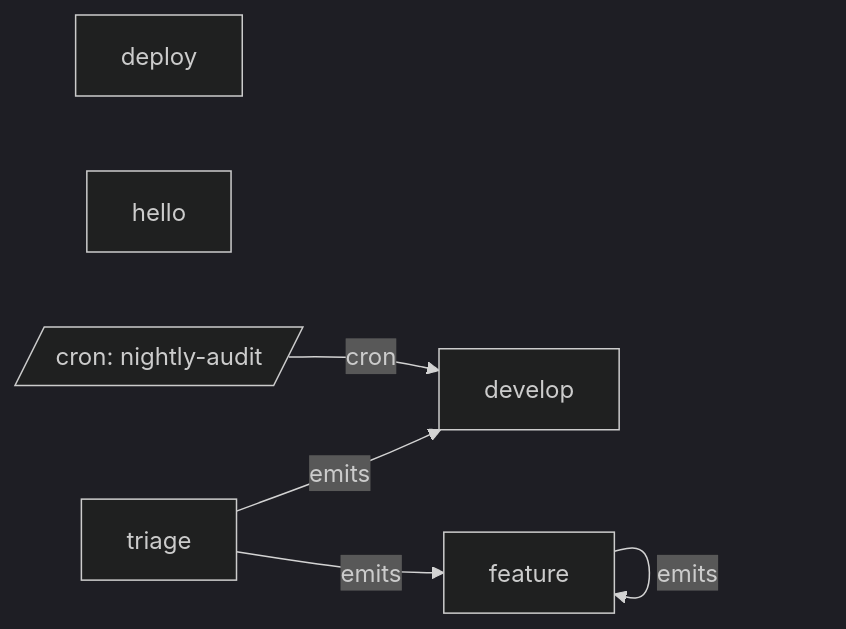
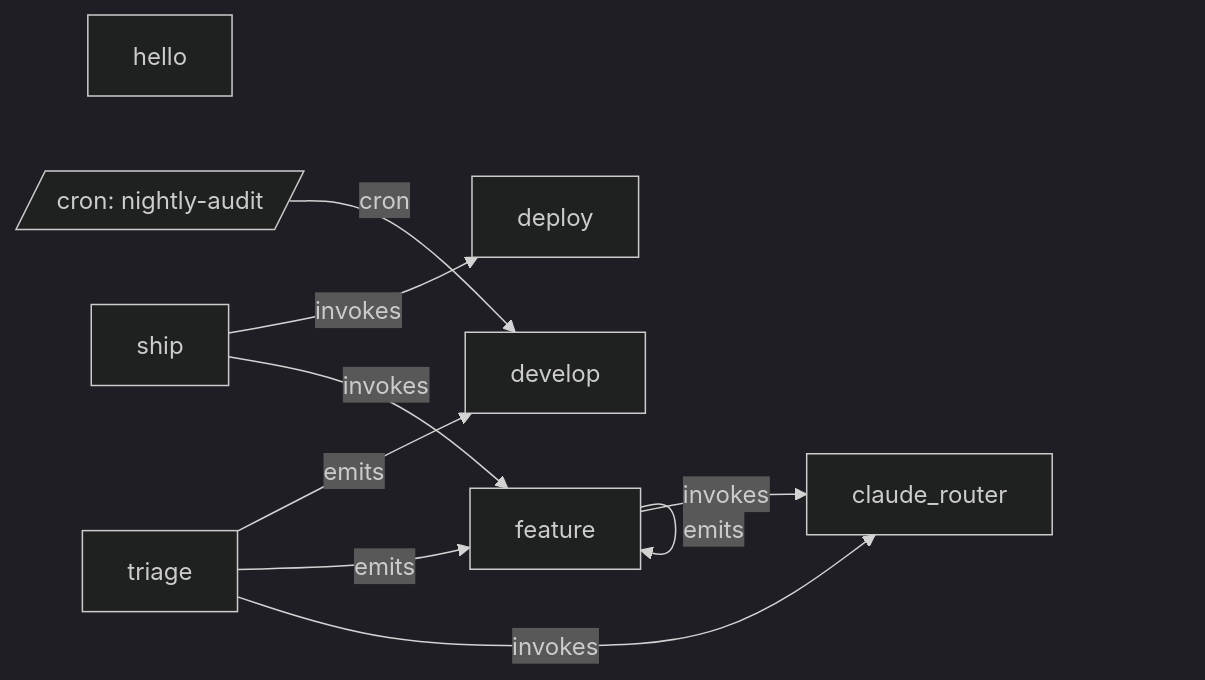
Before and after one commit to jtmckay/decree: the diagram in mock/graph/system.md, drawn with Mermaid (dark theme). The commit also changed 299 other files, not shown here.

````diff
--- a/mock/graph/system.md
+++ b/mock/graph/system.md
@@ -5,13 +5,19 @@
 ```mermaid
 flowchart LR
+    claude_router["claude_router"]
     deploy["deploy"]
     develop["develop"]
     feature["feature"]
     hello["hello"]
+    ship["ship"]
     triage["triage"]
     cron__nightly_audit[/"cron: nightly-audit"/]
     cron__nightly_audit -->|cron| develop
     feature -->|emits| feature
     triage -->|emits| develop
     triage -->|emits| feature
+    feature -->|invokes| claude_router
+    ship -->|invokes| deploy
+    ship -->|invokes| feature
+    triage -->|invokes| claude_router
 ```
````
